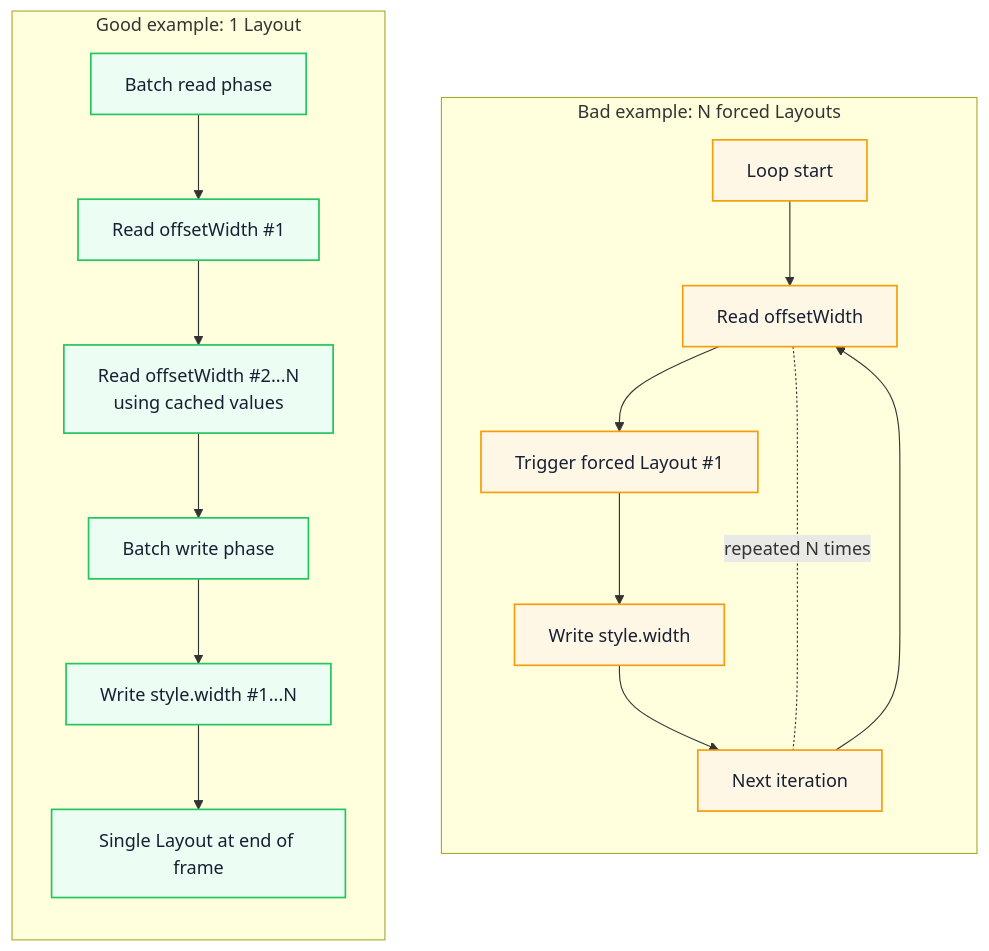
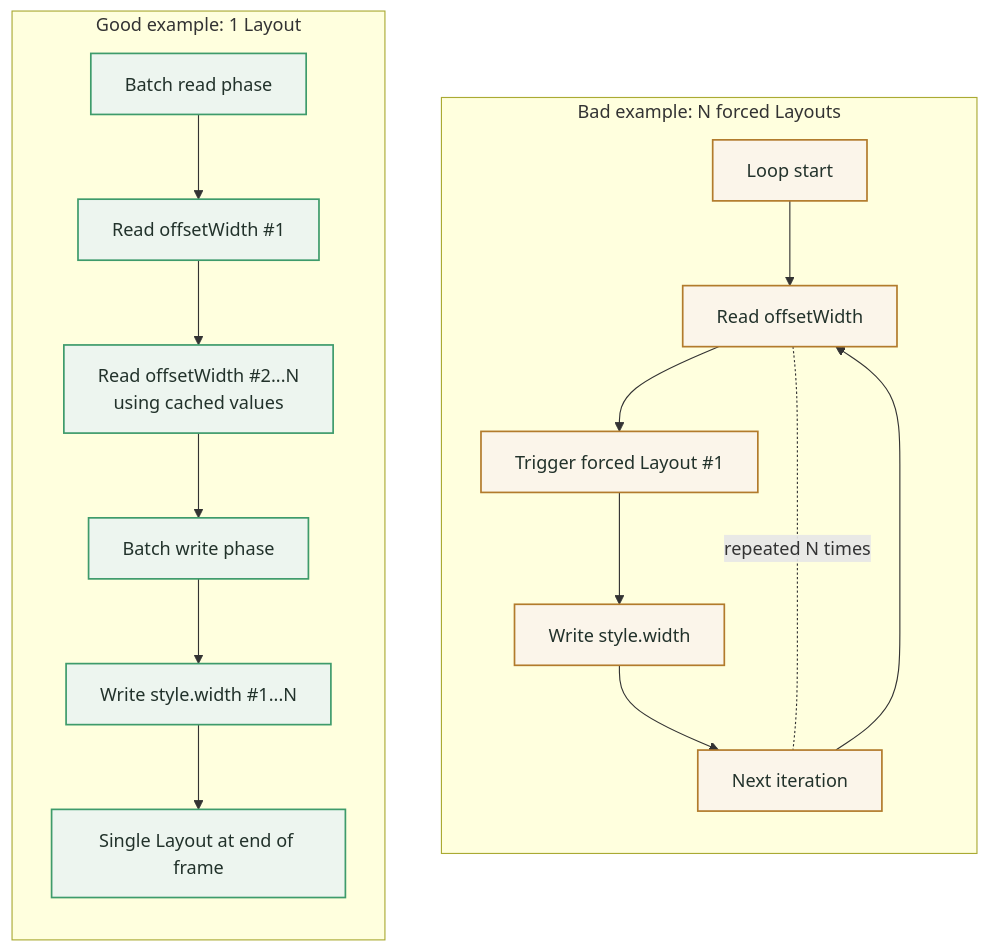
Before and after one commit to Fatejian/frontier-vault: the second of 2 diagrams in docs/en/browser/layout-thrashing.md, drawn with Mermaid. The commit also changed other lines of this file and 63 other files, not shown here.

````diff
--- a/docs/en/browser/layout-thrashing.md
+++ b/docs/en/browser/layout-thrashing.md
@@ -202,27 +202,27 @@
 ```mermaid
 flowchart TB
     subgraph Bad["Bad example: N forced Layouts"]
         direction TB
         B1[Loop start] --> B2[Read offsetWidth]
         B2 --> B3[Trigger forced Layout #1]
         B3 --> B4[Write style.width]
         B4 --> B5[Next iteration]
         B5 --> B2
         B2 -. repeated N times .- B5
     end
 
     subgraph Good["Good example: 1 Layout"]
         direction TB
         G1[Batch read phase] --> G2[Read offsetWidth #1]
         G2 --> G3["Read offsetWidth #2...N<br/>using cached values"]
         G3 --> G4[Batch write phase]
         G4 --> G5[Write style.width #1...N]
         G5 --> G6[Single Layout at end of frame]
     end
 
-    classDef block fill:#FFF7E6,stroke:#F59E0B,color:#172033,stroke-width:1.5px;
-    classDef work fill:#ECFDF3,stroke:#22C55E,color:#172033,stroke-width:1.5px;
+    classDef block fill:#FBF5EA,stroke:#B27B2C,color:#22322B,stroke-width:1.5px;
+    classDef work fill:#EDF5EF,stroke:#3E9B6B,color:#22322B,stroke-width:1.5px;
 
     class B1,B2,B3,B4,B5 block;
     class G1,G2,G3,G4,G5,G6 work;
 ```
````
